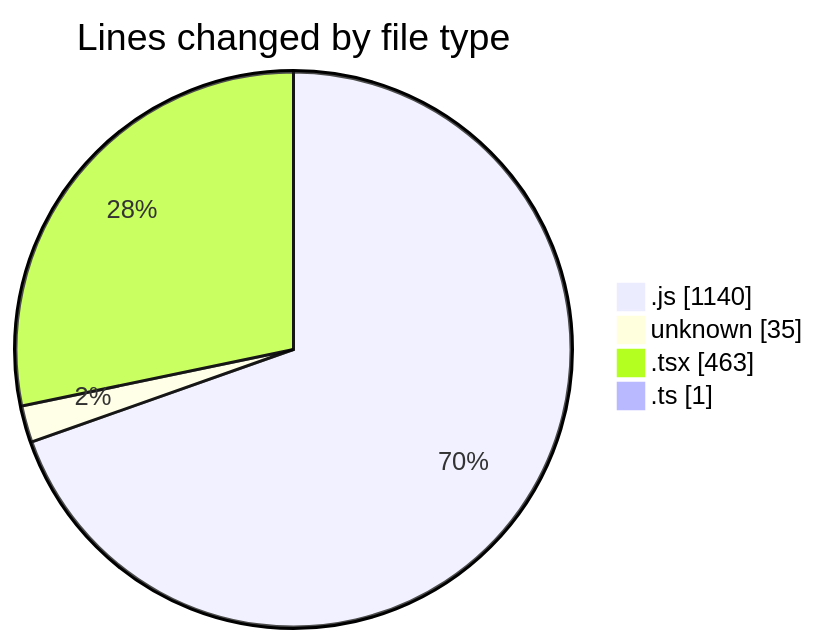
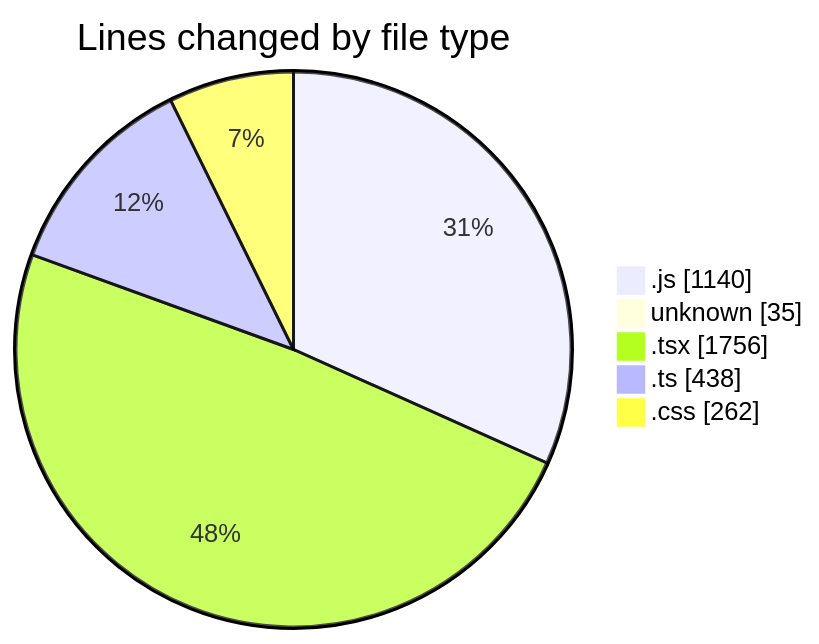
Before and after one commit to lephambinh05/code-tracking: the first of 2 diagrams in 2025-08-06/napxuvn/README.md, drawn with Mermaid. The commit also changed other lines of this file and 1 other file, not shown here.

````diff
--- a/2025-08-06/napxuvn/README.md
+++ b/2025-08-06/napxuvn/README.md
@@ -34,8 +61,9 @@
 ```mermaid
 pie showData
 title Lines changed by file type
 ".js" : 1140
 "unknown" : 35
-".tsx" : 463
-".ts" : 1
+".tsx" : 1756
+".ts" : 438
+".css" : 262
 ```
````
